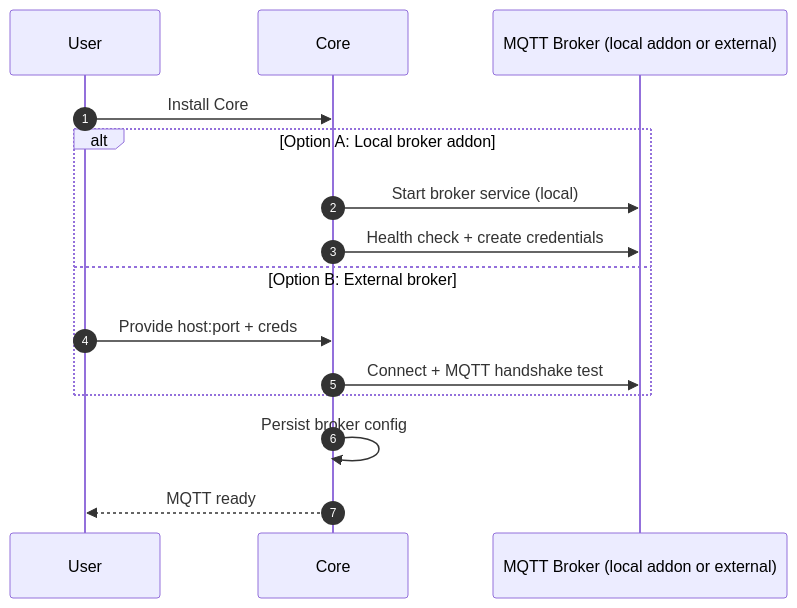
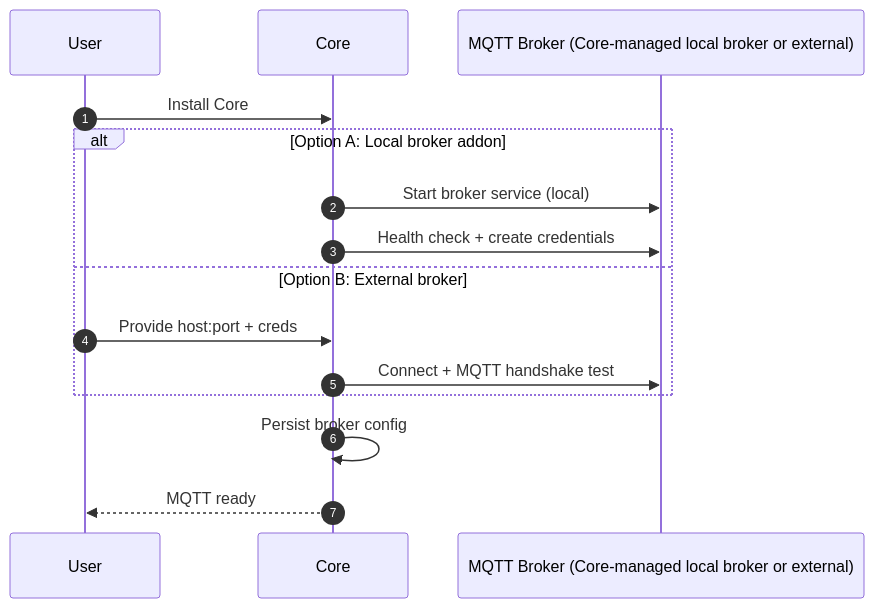
One commit to danhajduk/HexeCore changed the first of 8 diagrams in docs/standards/distributed-addon-sequence-diagrams-v0-1.md. Above: the diagram before and after it, drawn with Mermaid. The commit also changed other lines of this file and 7 other files, not shown here.

````diff
--- a/docs/standards/distributed-addon-sequence-diagrams-v0-1.md
+++ b/docs/standards/distributed-addon-sequence-diagrams-v0-1.md
@@ -13,18 +17,18 @@
 ```mermaid
 sequenceDiagram
   autonumber
   participant U as User
   participant C as Core
-  participant M as MQTT Broker (local addon or external)
+  participant M as MQTT Broker (Core-managed local broker or external)
 
   U->>C: Install Core
   alt Option A: Local broker addon
     C->>M: Start broker service (local)
     C->>M: Health check + create credentials
   else Option B: External broker
     U->>C: Provide host:port + creds
     C->>M: Connect + MQTT handshake test
   end
   C->>C: Persist broker config
   C-->>U: MQTT ready
 ```
````
